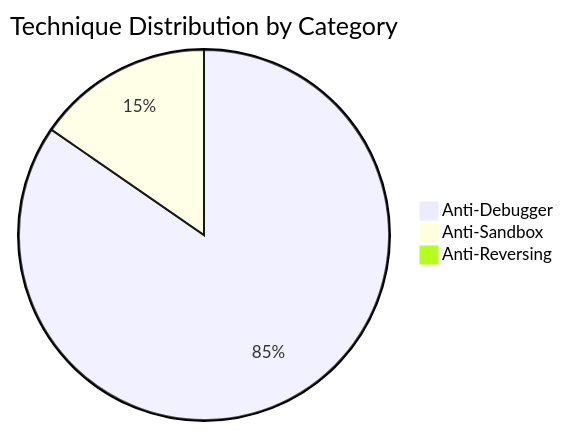
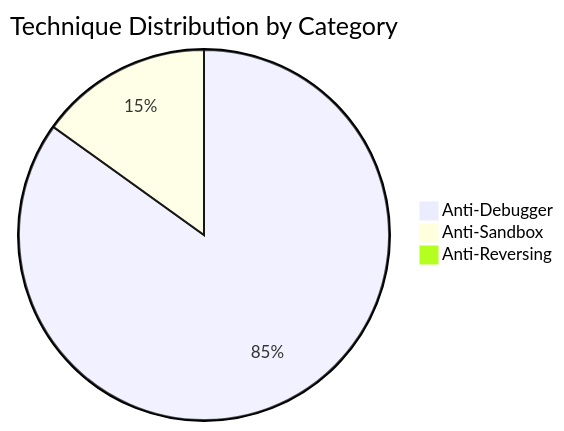
Before and after one commit to mabj/anti: the second of 8 diagrams in docs/diagrams/taxonomy.md, drawn with Mermaid. The commit also changed other lines of this file and 7 other files, not shown here.

````diff
--- a/docs/diagrams/taxonomy.md
+++ b/docs/diagrams/taxonomy.md
@@ -34,6 +34,6 @@
 ```mermaid
 pie title Technique Distribution by Category
-    "Anti-Debugger" : 44
+    "Anti-Debugger" : 45
     "Anti-Sandbox" : 8
     "Anti-Reversing" : 0
 ```
````
